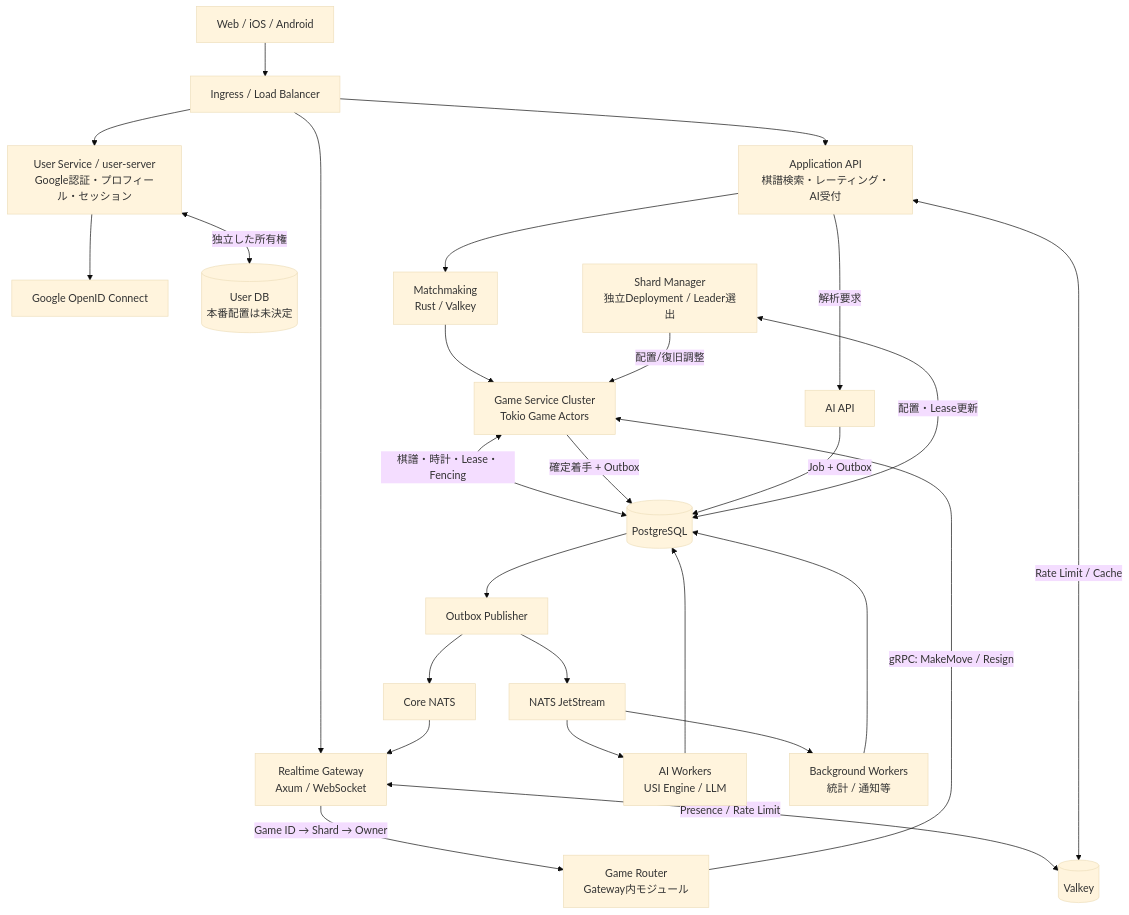
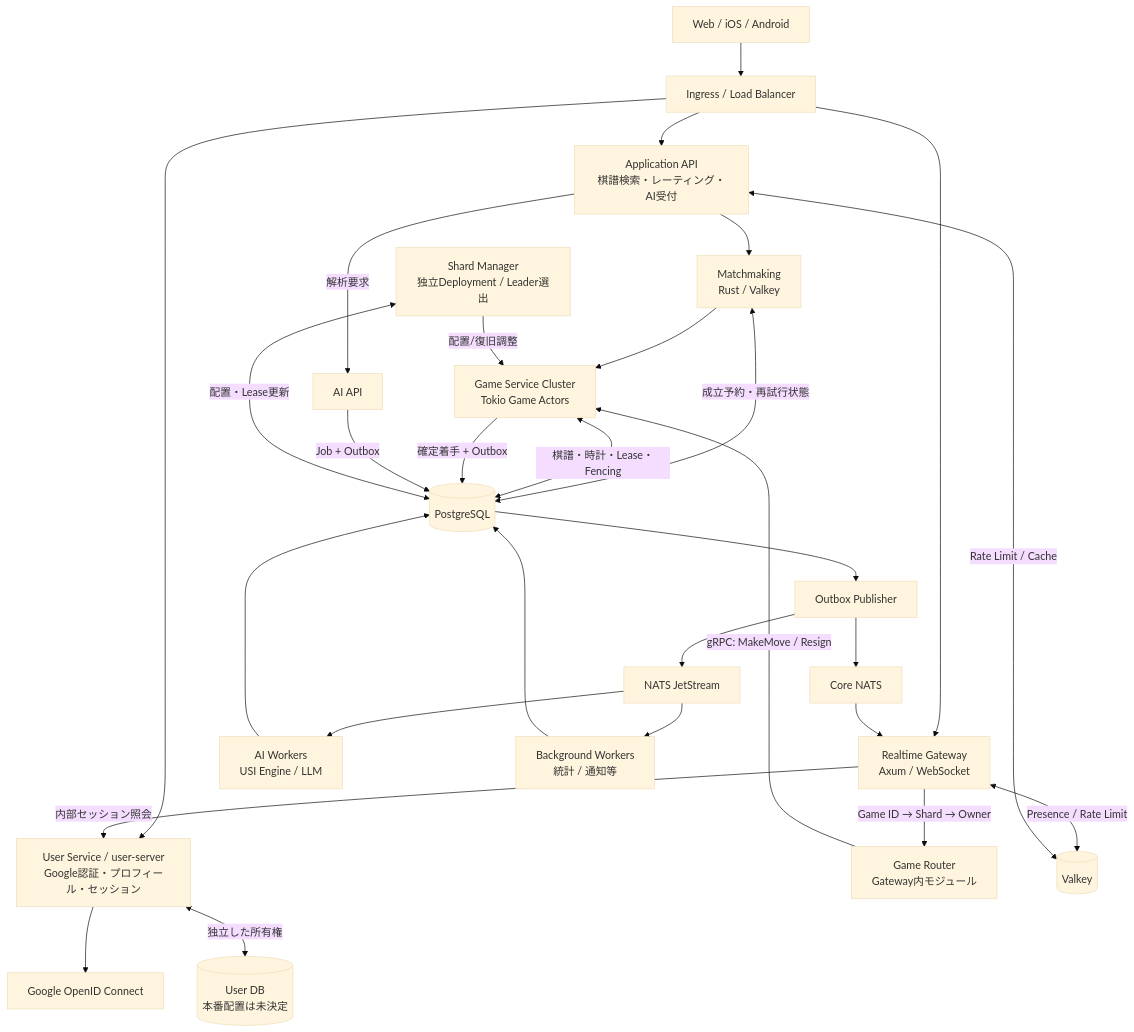
The second of 6 diagrams in docs/design/architecture.md (take44444/shogi-backend), drawn with Mermaid (base theme) before and after one commit. The commit also changed other lines of this file, not shown here.

Commit message:
Review and update architecture

````diff
--- a/docs/design/architecture.md
+++ b/docs/design/architecture.md
@@ -138,29 +138,31 @@
 ```mermaid
 flowchart TB
   C[Web / iOS / Android] --> LB[Ingress / Load Balancer]
   LB --> USER[User Service / user-server<br/>Google認証・プロフィール・セッション]
   USER --> GOOGLE[Google OpenID Connect]
   USER <-->|独立した所有権| USERDB[(User DB<br/>本番配置は未決定)]
   LB --> API[Application API<br/>棋譜検索・レーティング・AI受付]
   LB --> GW[Realtime Gateway<br/>Axum / WebSocket]
+  GW -->|内部セッション照会| USER
   GW -->|Game ID → Shard → Owner| R[Game Router<br/>Gateway内モジュール]
   R -->|gRPC: MakeMove / Resign| GAME[Game Service Cluster<br/>Tokio Game Actors]
   API --> MATCH[Matchmaking<br/>Rust / Valkey]
   MATCH --> GAME
+  MATCH <-->|成立予約・再試行状態| PG
   GAME <-->|棋譜・時計・Lease・Fencing| PG[(PostgreSQL)]
   GAME -->|確定着手 + Outbox| PG
   PG --> OUT[Outbox Publisher]
   OUT --> NATS[Core NATS]
   NATS --> GW
   GW <-->|Presence / Rate Limit| REDIS[(Valkey)]
   API <-->|Rate Limit / Cache| REDIS
   API -->|解析要求| AAPI[AI API]
   AAPI -->|Job + Outbox| PG
   OUT --> JS[NATS JetStream]
   JS --> AI[AI Workers<br/>USI Engine / LLM]
   JS --> BG[Background Workers<br/>統計 / 通知等]
   AI --> PG
   BG --> PG
   SM[Shard Manager<br/>独立Deployment / Leader選出] <-->|配置・Lease更新| PG
   SM -->|配置/復旧調整| GAME
 ```
````
